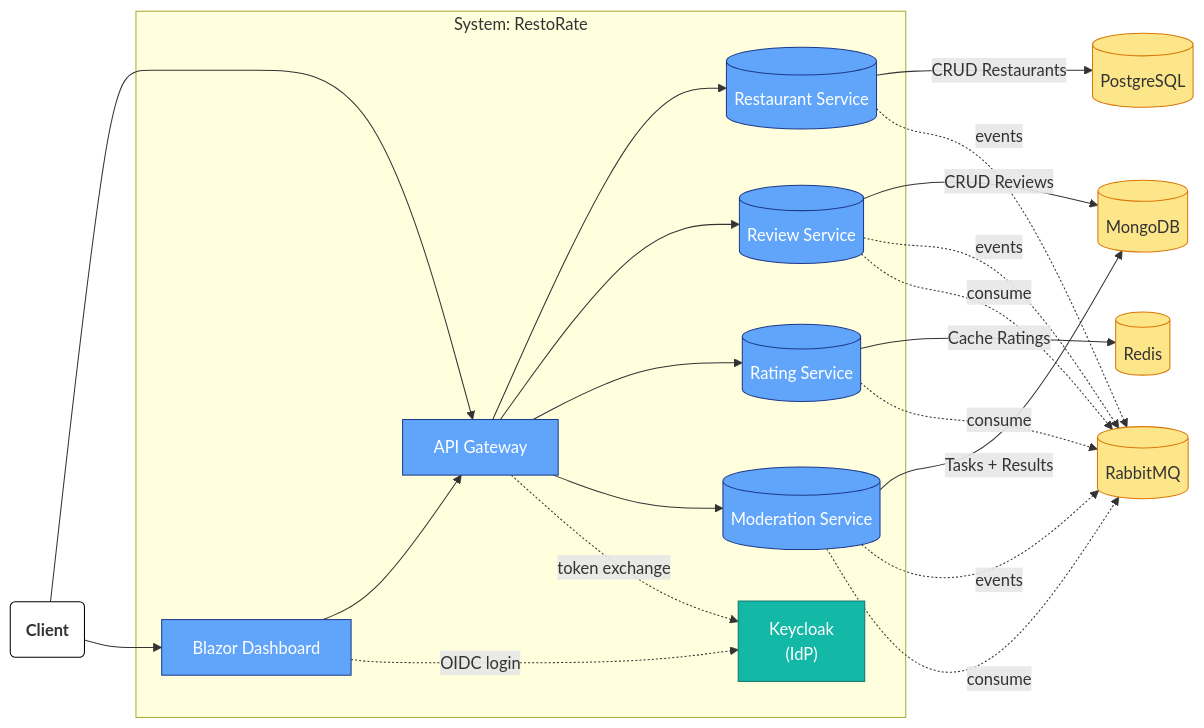
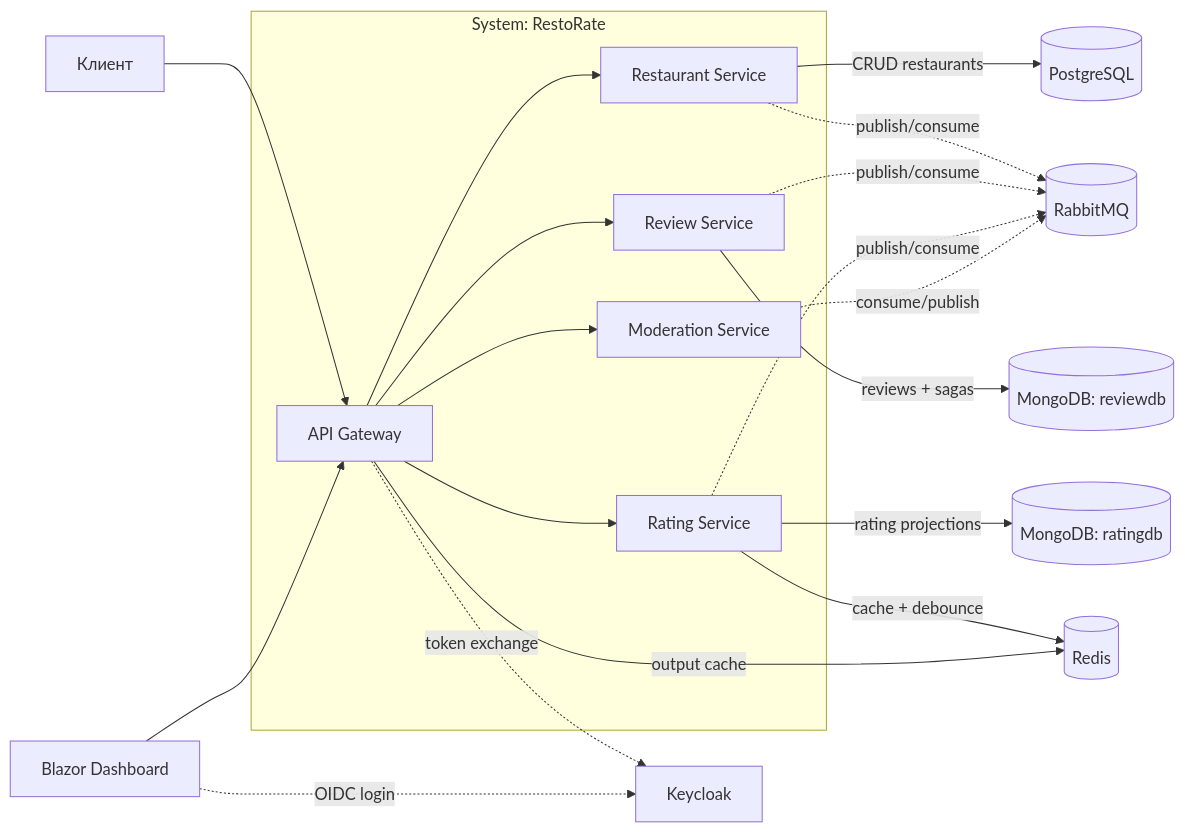
One commit to bagermoon/otuscode changed the second of 4 diagrams in docs/diagrams.md. Above: the diagram before and after it, drawn with Mermaid. The commit also changed other lines of this file and 16 other files, not shown here.

````diff
--- a/docs/diagrams.md
+++ b/docs/diagrams.md
@@ -84,40 +76,25 @@
-    ```mermaid
-    flowchart LR
-    actor(Client):::actor --> Gateway[API Gateway]
-    actor(Client):::actor --> Dashboard[Blazor Dashboard]
-    
+```mermaid
+flowchart LR
+    Client[Клиент] --> Gateway[API Gateway]
+    Dashboard[Blazor Dashboard] --> Gateway
+    Dashboard -.OIDC login.-> Keycloak[Keycloak]
+    Gateway -.token exchange.-> Keycloak
 
-    subgraph Boundary_System[System: RestoRate]
-        Keycloak["`Keycloak<br/>(IdP)`"]
-        Gateway --> RestaurantSvc[(Restaurant Service)]
-        Gateway --> ReviewSvc[(Review Service)]
-        Gateway --> RatingSvc[(Rating Service)]
-        Gateway --> ModerationSvc[(Moderation Service)]
-        
-        Dashboard --> Gateway
+    subgraph RestoRate[System: RestoRate]
+        Gateway --> RestaurantSvc[Restaurant Service]
+        Gateway --> ReviewSvc[Review Service]
+        Gateway --> RatingSvc[Rating Service]
+        Gateway --> ModerationSvc[Moderation Service]
     end
 
-    %% Identity and token flows
-    Dashboard -.OIDC login.-> Keycloak
-    Gateway -.token exchange.-> Keycloak
+    RestaurantSvc -->|CRUD restaurants| PostgreSQL[(PostgreSQL)]
+    ReviewSvc -->|reviews + sagas| ReviewMongo[(MongoDB: reviewdb)]
+    RatingSvc -->|rating projections| RatingMongo[(MongoDB: ratingdb)]
+    RatingSvc -->|cache + debounce| Redis[(Redis)]
+    Gateway -->|output cache| Redis
 
-    RestaurantSvc -->|CRUD Restaurants| PostgreSQL[(PostgreSQL)]
-    ReviewSvc -->|CRUD Reviews| MongoDB[(MongoDB)]
-    ModerationSvc -->|Tasks + Results| MongoDB
-    RatingSvc -->|Cache Ratings| Redis[(Redis)]
-
-    ReviewSvc -.events.-> RabbitMQ[(RabbitMQ)]
-    RestaurantSvc -.events.-> RabbitMQ
-    ModerationSvc -.events.-> RabbitMQ
-    RatingSvc -.consume.-> RabbitMQ
-    ModerationSvc -.consume.-> RabbitMQ
-    ReviewSvc -.consume.-> RabbitMQ
-
-    classDef actor fill:#fff,stroke:#000,font-weight:bold
-    classDef db fill:#fde68a,stroke:#d97706
-    classDef comp fill:#60a5fa,stroke:#1e3a8a,color:#fff
-    classDef idp fill:#14b8a6,stroke:#0f766e,color:#fff
-    class RestaurantSvc,ReviewSvc,RatingSvc,ModerationSvc,Gateway,Dashboard comp
-    class Keycloak idp
-    class PostgreSQL,MongoDB,Redis,RabbitMQ db
-    ```
+    RestaurantSvc -.publish/consume.-> RabbitMQ[(RabbitMQ)]
+    ReviewSvc -.publish/consume.-> RabbitMQ
+    RatingSvc -.publish/consume.-> RabbitMQ
+    ModerationSvc -.consume/publish.-> RabbitMQ
+```
````
